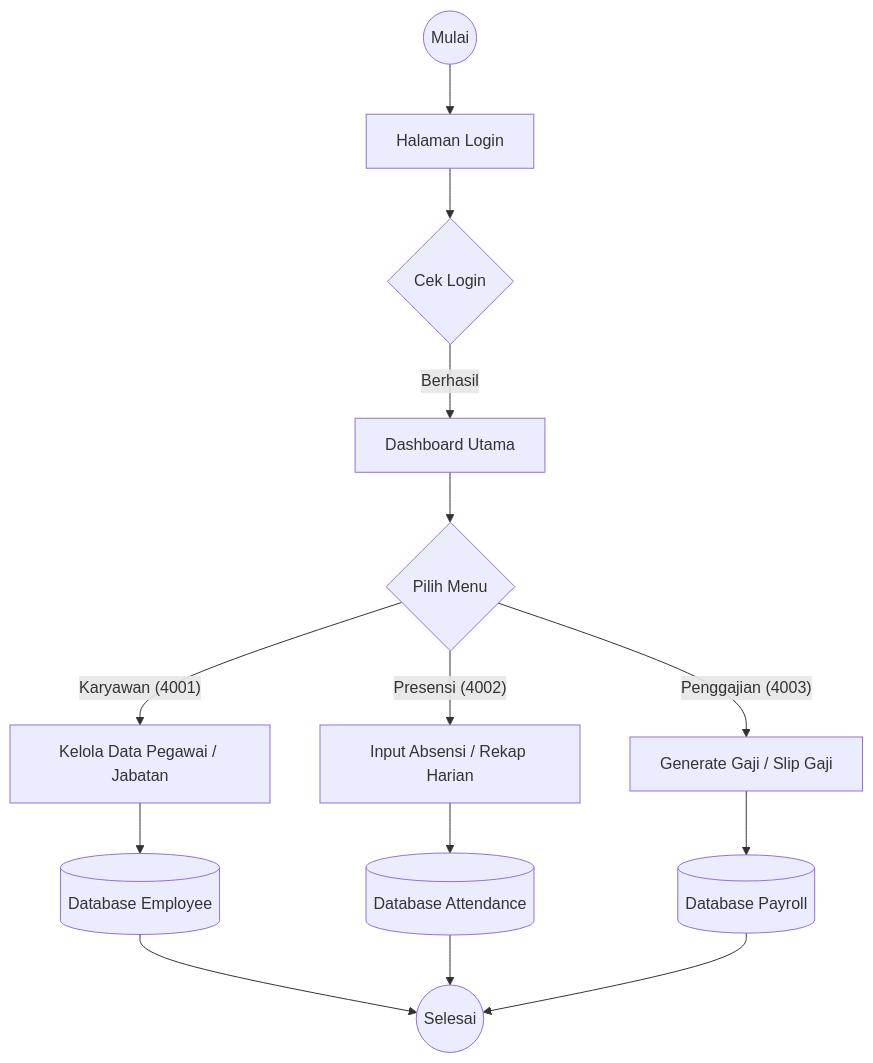
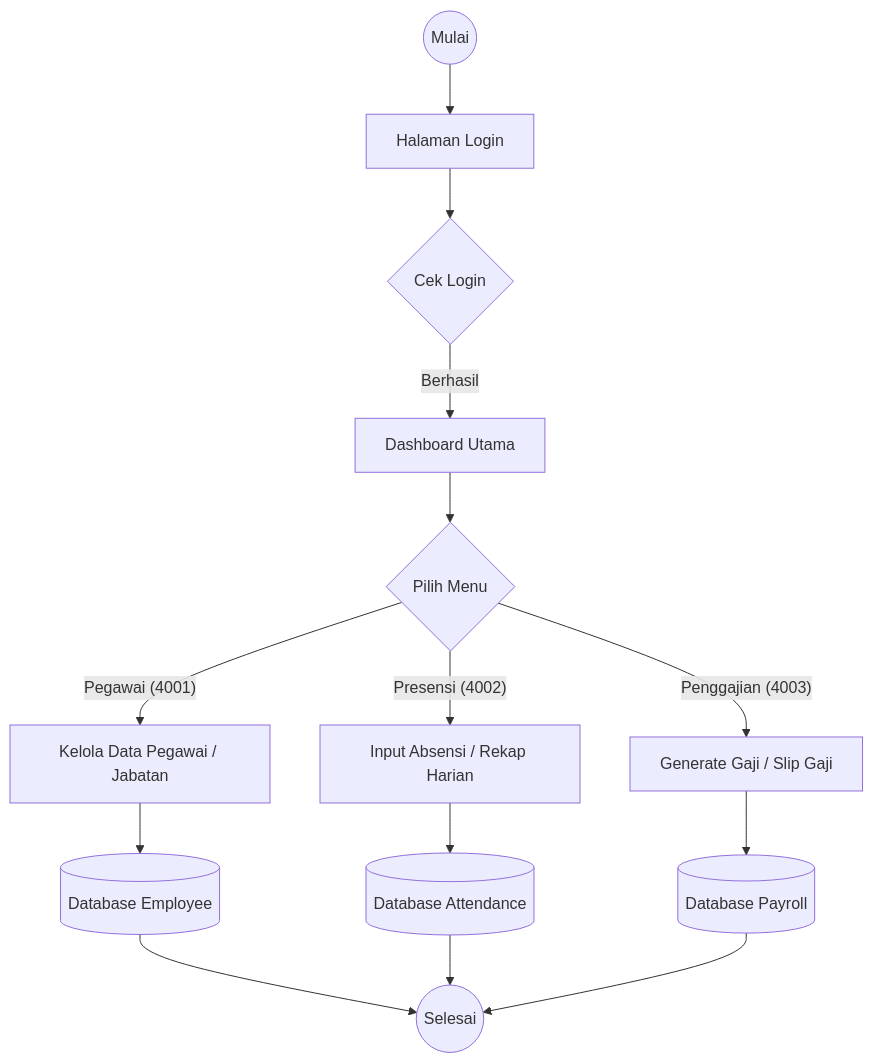
The second of 2 diagrams in DIAGRAMS.md (informatikateknik222-alt/skripsi-presensi), drawn with Mermaid before and after one commit. The commit also changed other lines of this file, not shown here.

````diff
--- a/DIAGRAMS.md
+++ b/DIAGRAMS.md
@@ -52,20 +52,20 @@
 ```mermaid
 flowchart TD
     Start((Mulai)) --> Login[Halaman Login]
     Login --> Auth{Cek Login}
     Auth -- Berhasil --> Dash[Dashboard Utama]
     
     Dash --> Menu{Pilih Menu}
     
-    Menu -- "Karyawan (4001)" --> EmpMng[Kelola Data Pegawai / Jabatan]
+    Menu -- "Pegawai (4001)" --> EmpMng[Kelola Data Pegawai / Jabatan]
     Menu -- "Presensi (4002)" --> AttMng[Input Absensi / Rekap Harian]
     Menu -- "Penggajian (4003)" --> PayMng[Generate Gaji / Slip Gaji]
     
     EmpMng --> DB[(Database Employee)]
     AttMng --> DB2[(Database Attendance)]
     PayMng --> DB3[(Database Payroll)]
     
     DB --> End((Selesai))
     DB2 --> End
     DB3 --> End
 ```
````
